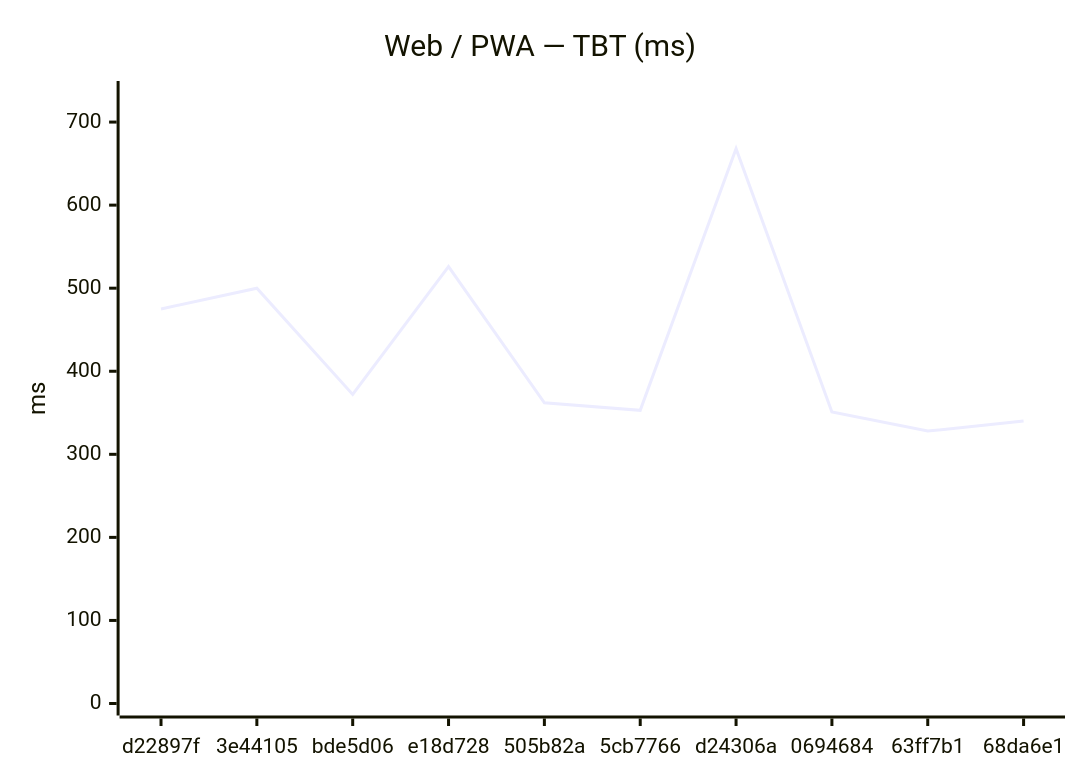
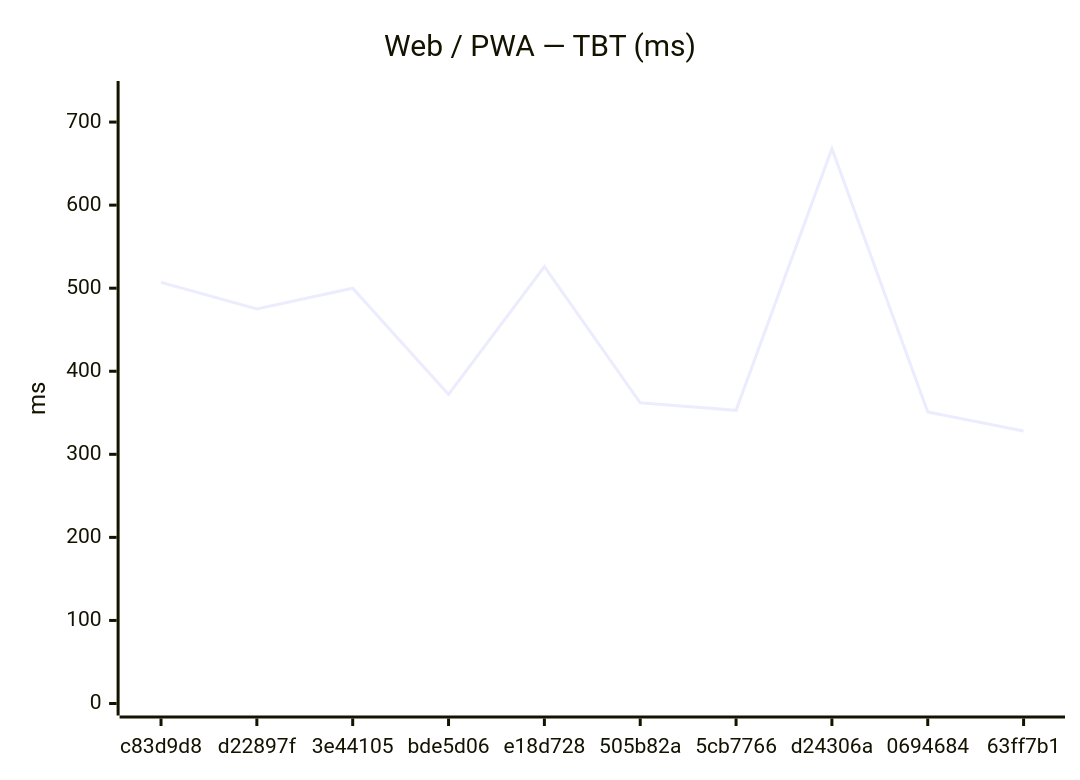
Before and after one commit to Metaheurist/Rianell: the second of 18 diagrams in benchmarks/compare.md, drawn with Mermaid. The commit also changed other lines of this file and 11 other files, not shown here.

````diff
--- a/benchmarks/compare.md
+++ b/benchmarks/compare.md
@@ -31,7 +31,7 @@
 ```mermaid
 xychart-beta
     title "Web / PWA — TBT (ms)"
-    x-axis ["d22897f", "3e44105", "bde5d06", "e18d728", "505b82a", "5cb7766", "d24306a", "0694684", "63ff7b1", "68da6e1"]
+    x-axis ["c83d9d8", "d22897f", "3e44105", "bde5d06", "e18d728", "505b82a", "5cb7766", "d24306a", "0694684", "63ff7b1"]
     y-axis "ms" 0 --> 735
-    line [475, 500, 372, 526, 362, 353, 668, 351, 328, 340]
+    line [507, 475, 500, 372, 526, 362, 353, 668, 351, 328]
 ```
````
